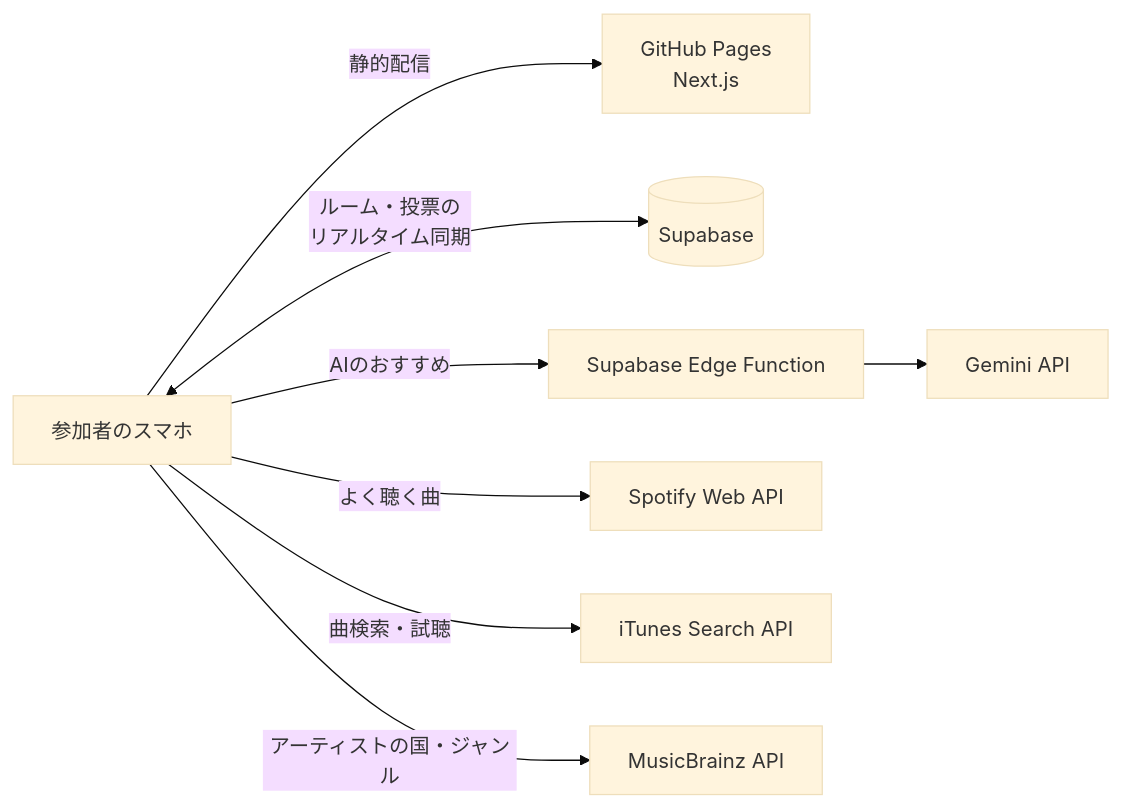
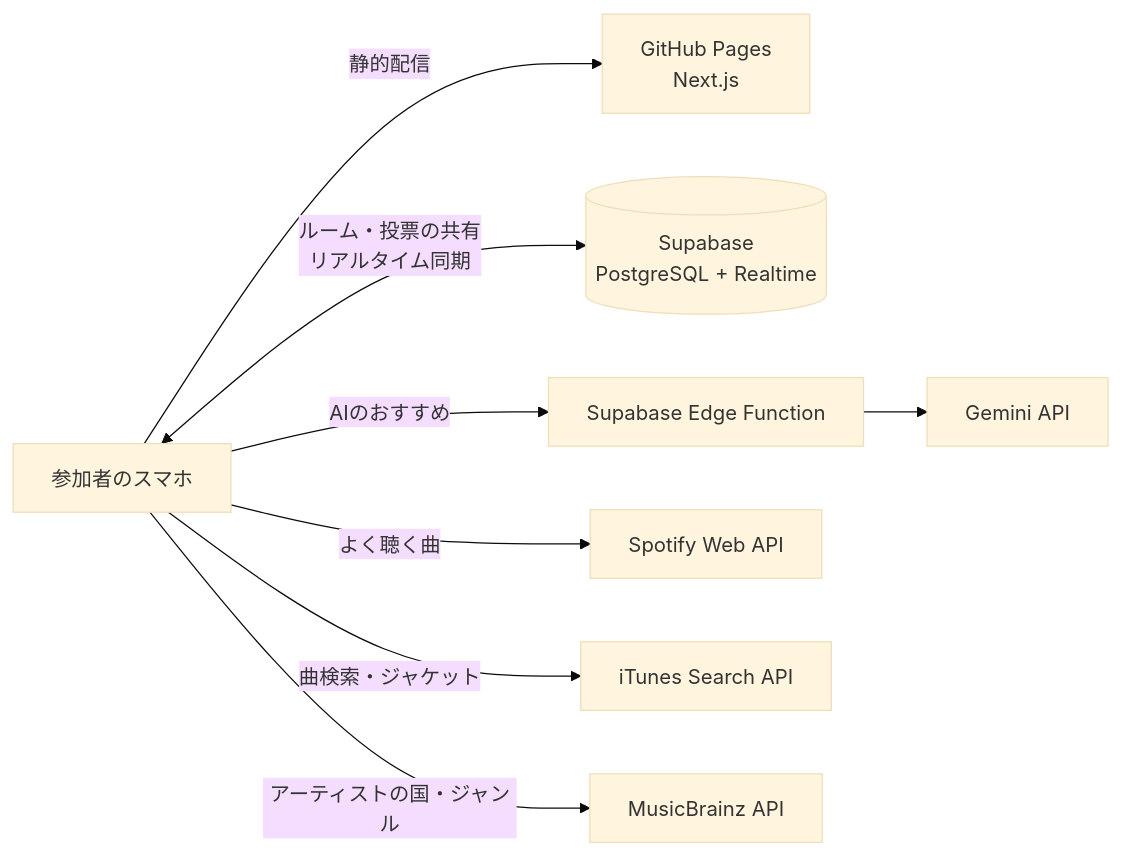
One commit to jphacks/tkb_2619 changed the diagram in README.md. Above: the diagram before and after it, drawn with Mermaid (base theme). The commit also changed other lines of this file, not shown here.

````diff
--- a/README.md
+++ b/README.md
@@ -104,9 +91,9 @@
 ```mermaid
 flowchart LR
   U[参加者のスマホ] -->|静的配信| P[GitHub Pages<br/>Next.js]
-  U <-->|ルーム・投票の<br/>リアルタイム同期| S[(Supabase)]
+  U <-->|ルーム・投票の共有<br/>リアルタイム同期| S[(Supabase<br/>PostgreSQL + Realtime)]
   U -->|AIのおすすめ| F[Supabase Edge Function] --> G[Gemini API]
   U -->|よく聴く曲| SP[Spotify Web API]
-  U -->|曲検索・試聴| IT[iTunes Search API]
+  U -->|曲検索・ジャケット| IT[iTunes Search API]
   U -->|アーティストの国・ジャンル| MB[MusicBrainz API]
 ```
````
